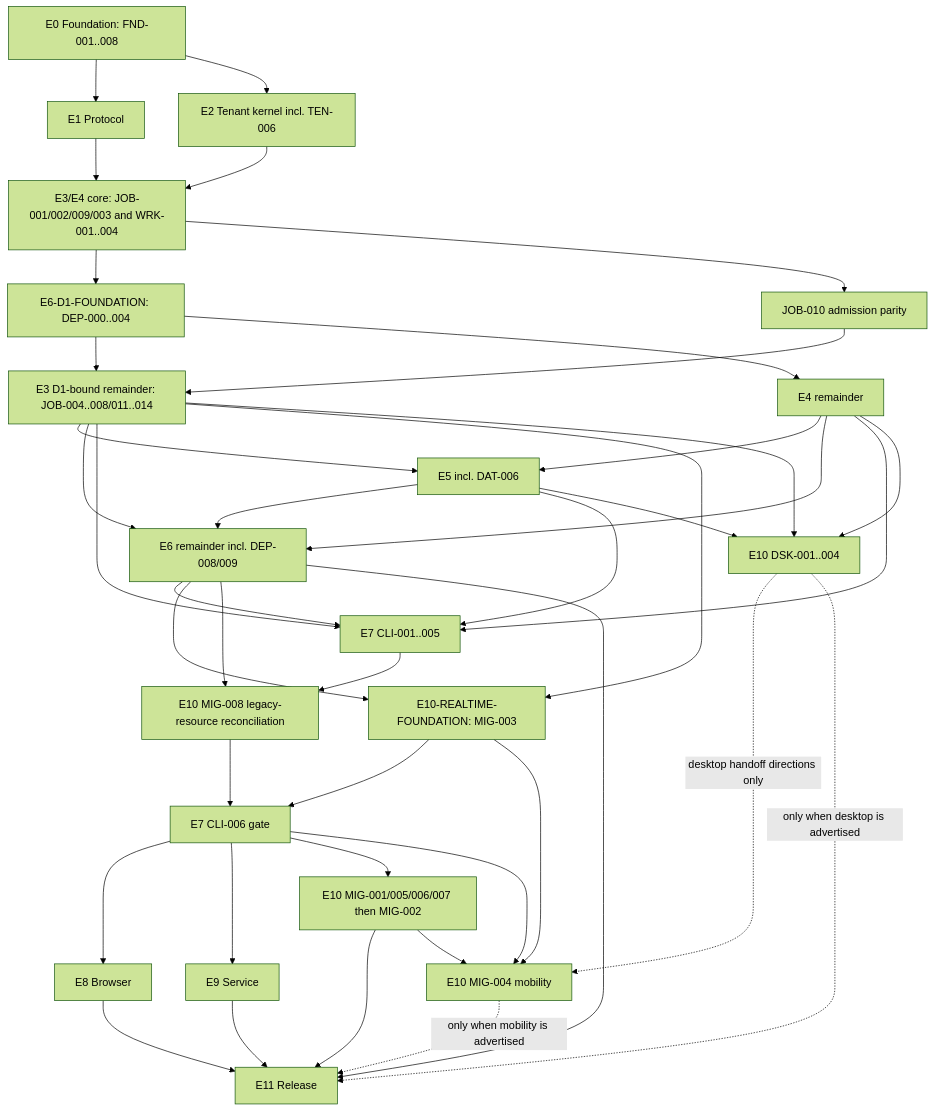
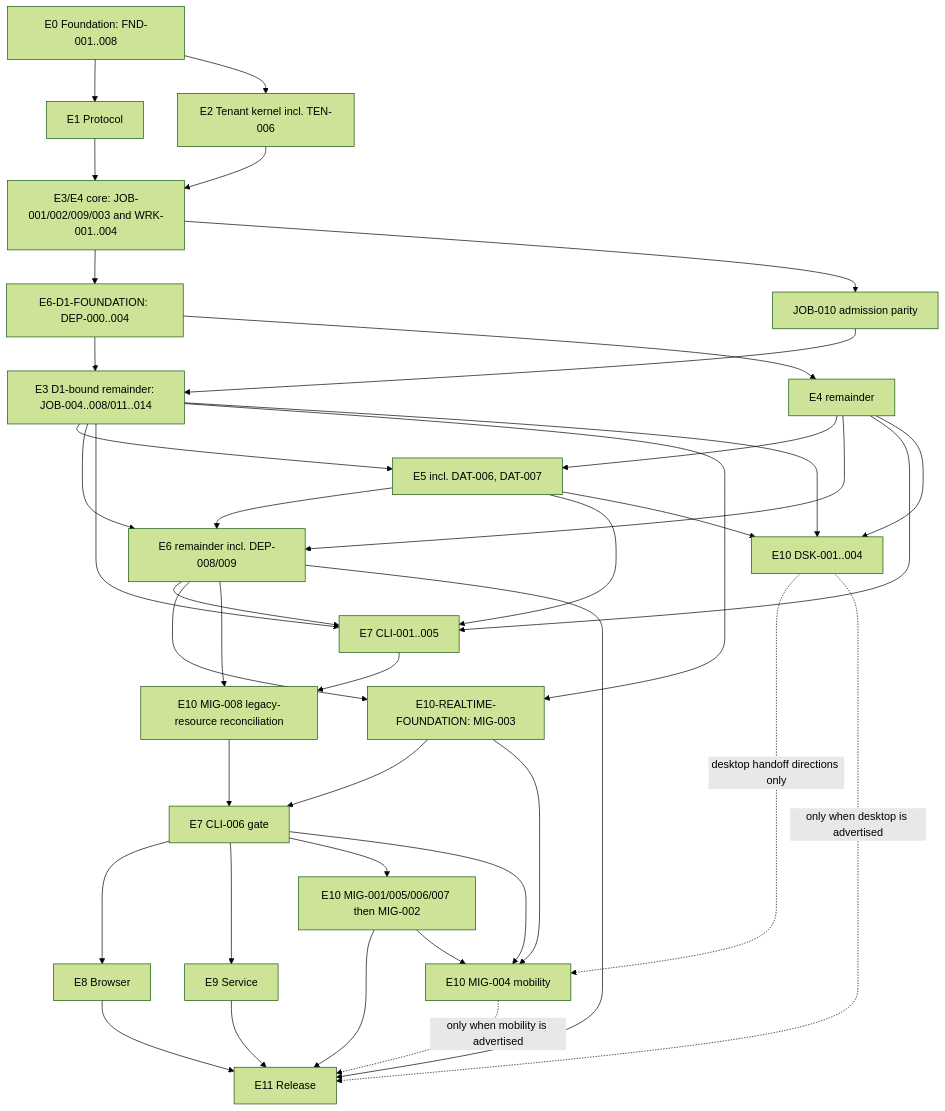
Before and after one commit to MeteoriteLabs/AoA: the second of 2 diagrams in docs/replatform/program-design.md, drawn with Mermaid (forest theme). The commit also changed other lines of this file and 3 other files, not shown here.

````diff
--- a/docs/replatform/program-design.md
+++ b/docs/replatform/program-design.md
@@ -240,43 +240,43 @@
 ```mermaid
 flowchart TD
   E0["E0 Foundation: FND-001..008"] --> E1["E1 Protocol"]
   E0 --> E2["E2 Tenant kernel incl. TEN-006"]
   E1 --> CORE["E3/E4 core: JOB-001/002/009/003 and WRK-001..004"]
   E2 --> CORE
   CORE --> D1["E6-D1-FOUNDATION: DEP-000..004"]
   CORE --> P0["JOB-010 admission parity"]
   D1 --> E3["E3 D1-bound remainder: JOB-004..008/011..014"]
   P0 --> E3
   D1 --> E4["E4 remainder"]
-  E3 --> E5["E5 incl. DAT-006"]
+  E3 --> E5["E5 incl. DAT-006, DAT-007"]
   E4 --> E5
   E3 --> E6R["E6 remainder incl. DEP-008/009"]
   E4 --> E6R
   E5 --> E6R
   E3 --> E7BASE["E7 CLI-001..005"]
   E4 --> E7BASE
   E5 --> E7BASE
   E6R --> E7BASE
   E3 --> RT["E10-REALTIME-FOUNDATION: MIG-003"]
   E6R --> RT
   E7BASE --> RECON["E10 MIG-008 legacy-resource reconciliation"]
   E6R --> RECON
   RECON --> E7["E7 CLI-006 gate"]
   RT --> E7
   E7 --> E8["E8 Browser"]
   E7 --> E9["E9 Service"]
   E3 --> DESK["E10 DSK-001..004"]
   E4 --> DESK
   E5 --> DESK
   E7 --> CUT["E10 MIG-001/005/006/007 then MIG-002"]
   CUT --> E11
   E7 --> MOB["E10 MIG-004 mobility"]
   DESK -. "desktop handoff directions only" .-> MOB
   CUT --> MOB
   RT --> MOB
   E8 --> E11["E11 Release"]
   E9 --> E11
   DESK -. "only when desktop is advertised" .-> E11
   MOB -. "only when mobility is advertised" .-> E11
   E6R --> E11
 ```
````
